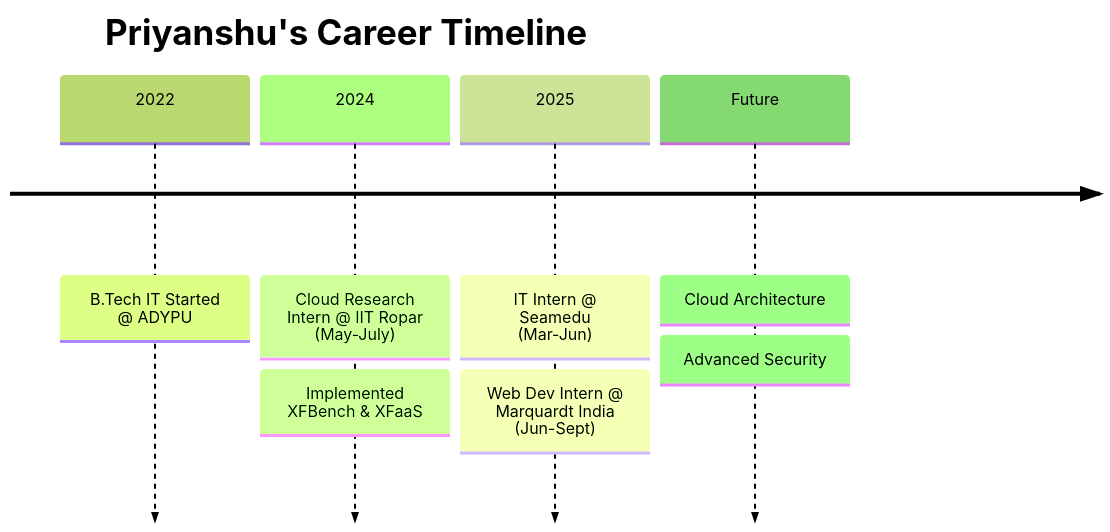
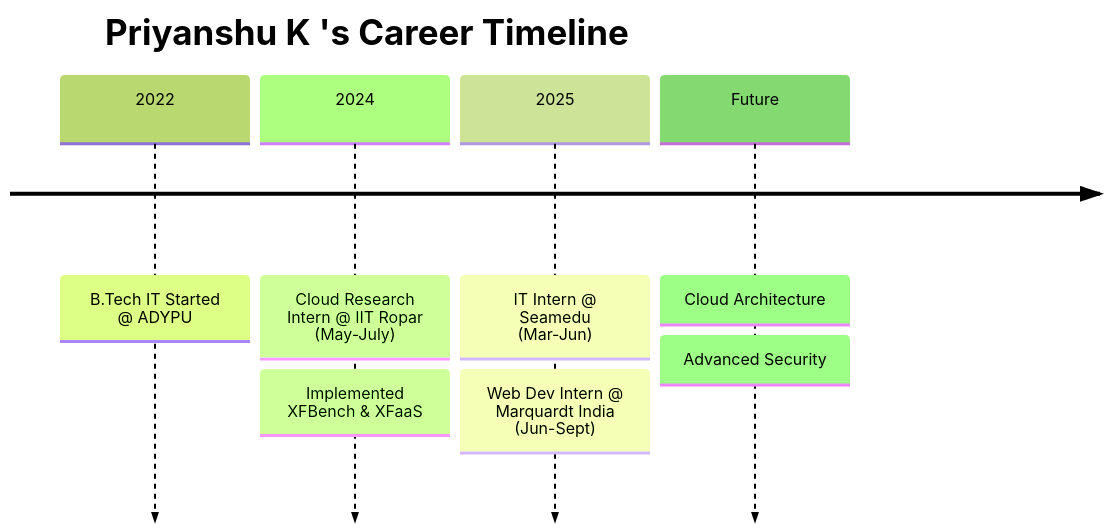
The diagram in ABOUT_ME.md (PriyanshuKSharma/portfolio_priyanshuksharma), drawn with Mermaid (forest theme) before and after one commit. The commit also changed other lines of this file, not shown here.

````diff
--- a/ABOUT_ME.md
+++ b/ABOUT_ME.md
@@ -150,15 +206,15 @@
 ```mermaid
 timeline
-    title Priyanshu's Career Timeline
+    title Priyanshu K   's Career Timeline
     2022
         : B.Tech IT Started @ ADYPU
     2024
         : Cloud Research Intern @ IIT Ropar (May-July)
         : Implemented XFBench & XFaaS
     2025
         : IT Intern @ Seamedu (Mar-Jun)
         : Web Dev Intern @ Marquardt India (Jun-Sept)
     Future
         : Cloud Architecture
         : Advanced Security
 ```
````
